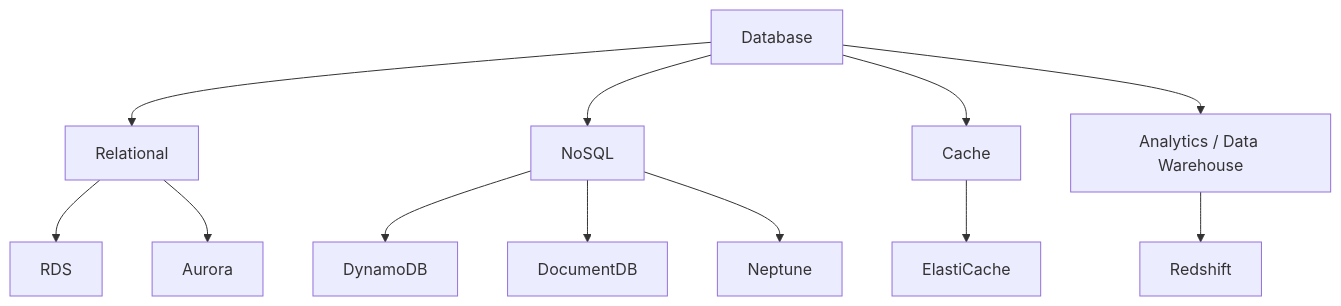
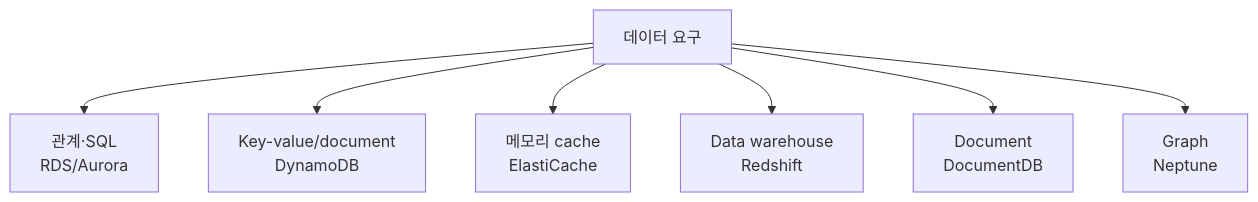
The fifth of 5 diagrams in content/posts/02.Security/aws/aws-ccp-3/index.md (noir1458/noir1458.github.io), drawn with Mermaid before and after one commit. The commit also changed other lines of this file and 4 other files, not shown here.

````diff
--- a/content/posts/02.Security/aws/aws-ccp-3/index.md
+++ b/content/posts/02.Security/aws/aws-ccp-3/index.md
@@ -477,15 +294,9 @@
 ```mermaid
 flowchart TD
-    DB[Database]
-    DB --> REL[Relational]
-    REL --> RDS[RDS]
-    REL --> AUR[Aurora]
-    DB --> NOSQL[NoSQL]
-    NOSQL --> DDB[DynamoDB]
-    NOSQL --> DOC[DocumentDB]
-    NOSQL --> NEP[Neptune]
-    DB --> CACHE[Cache]
-    CACHE --> EC[ElastiCache]
-    DB --> DW[Analytics / Data Warehouse]
-    DW --> RS[Redshift]
+    Q[데이터 요구] --> R[관계·SQL<br/>RDS/Aurora]
+    Q --> N[Key-value/document<br/>DynamoDB]
+    Q --> C[메모리 cache<br/>ElastiCache]
+    Q --> W[Data warehouse<br/>Redshift]
+    Q --> D[Document<br/>DocumentDB]
+    Q --> G[Graph<br/>Neptune]
 ```
````
